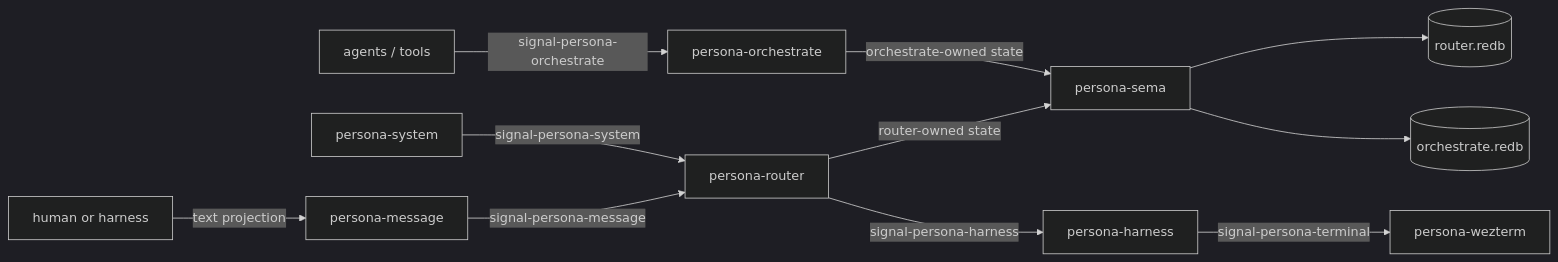
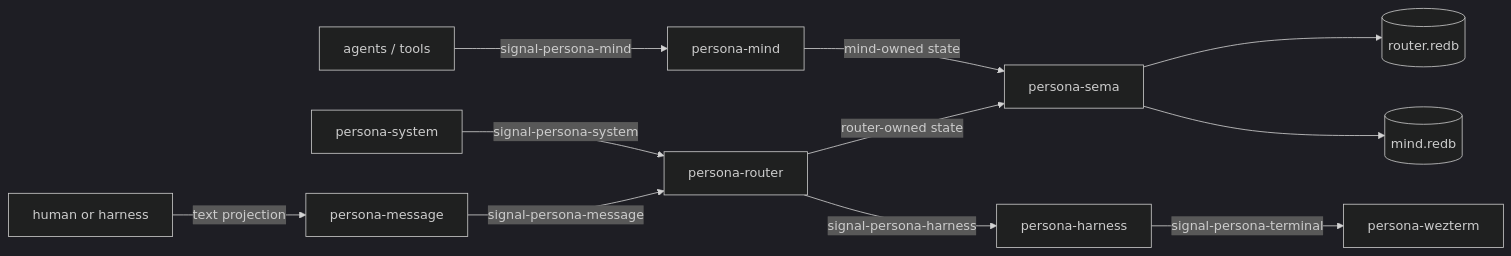
One commit to LiGoldragon/persona changed the third of 4 diagrams in ARCHITECTURE.md. Above: the diagram before and after it, drawn with Mermaid (dark theme). The commit also changed other lines of this file and 4 other files, not shown here.

Commit message:
make persona-mind the apex central component

````diff
--- a/ARCHITECTURE.md
+++ b/ARCHITECTURE.md
@@ -137,13 +137,13 @@
 ```mermaid
 flowchart LR
     human["human or harness"] -->|text projection| message["persona-message"]
     message -->|signal-persona-message| router["persona-router"]
     router -->|router-owned state| sema["persona-sema"]
     sema --> router_database[("router.redb")]
     system["persona-system"] -->|signal-persona-system| router
     router -->|signal-persona-harness| harness["persona-harness"]
     harness -->|signal-persona-terminal| wezterm["persona-wezterm"]
-    agent_tools["agents / tools"] -->|signal-persona-orchestrate| orchestrate["persona-orchestrate"]
-    orchestrate -->|orchestrate-owned state| sema
-    sema --> orchestrate_database[("orchestrate.redb")]
+    agent_tools["agents / tools"] -->|signal-persona-mind| mind["persona-mind"]
+    mind -->|mind-owned state| sema
+    sema --> mind_database[("mind.redb")]
 ```
````
